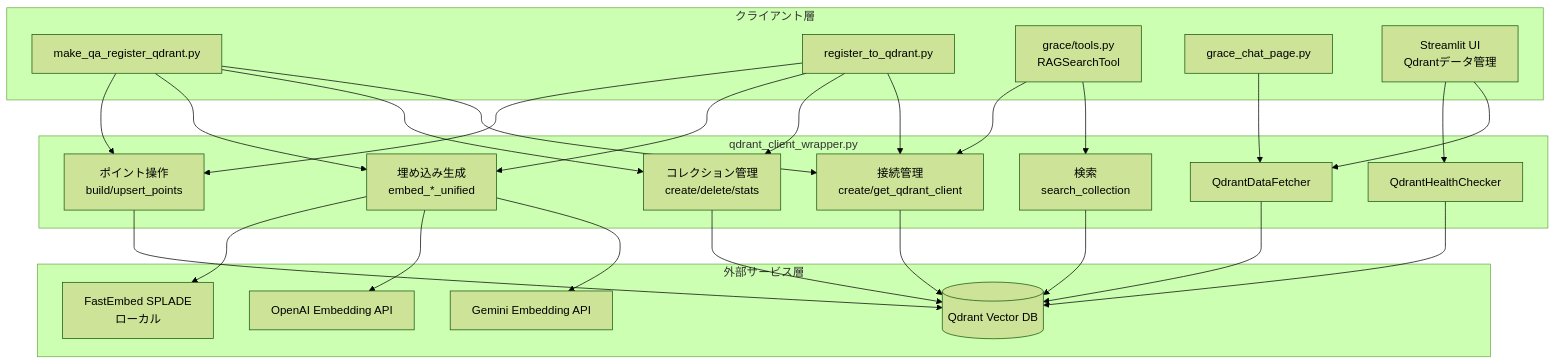
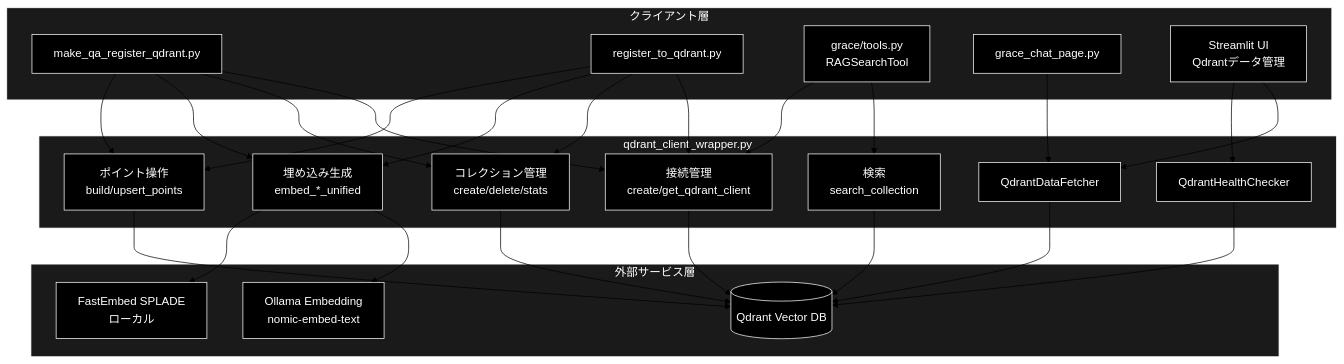
The first of 4 diagrams in ui/doc/qdrant_client_wrapper.md (nakashima2toshio/ollama_grace_agent_v2), drawn with Mermaid (forest theme) before and after one commit. The commit also changed other lines of this file and 10 other files, not shown here.

````diff
--- a/ui/doc/qdrant_client_wrapper.md
+++ b/ui/doc/qdrant_client_wrapper.md
@@ -86,51 +86,55 @@
 ```mermaid
 flowchart TB
     subgraph CLIENT["クライアント層"]
         MQR[make_qa_register_qdrant.py]
         REG[register_to_qdrant.py]
         GRACE[grace/tools.py<br/>RAGSearchTool]
         UI_CHAT[grace_chat_page.py]
         UI_QDRANT[Streamlit UI<br/>Qdrantデータ管理]
     end
 
     subgraph MODULE["qdrant_client_wrapper.py"]
         HC[QdrantHealthChecker]
         CONN[接続管理<br/>create/get_qdrant_client]
         COLL[コレクション管理<br/>create/delete/stats]
         EMB[埋め込み生成<br/>embed_*_unified]
         PTS[ポイント操作<br/>build/upsert_points]
         SEARCH[検索<br/>search_collection]
         FETCH[QdrantDataFetcher]
     end
 
     subgraph EXTERNAL["外部サービス層"]
         QDRANT[(Qdrant Vector DB)]
-        GEMINI[Gemini Embedding API]
-        OPENAI[OpenAI Embedding API]
+        OLLAMA[Ollama Embedding<br/>nomic-embed-text]
         SPLADE[FastEmbed SPLADE<br/>ローカル]
     end
 
     MQR --> CONN
     MQR --> COLL
     MQR --> EMB
     MQR --> PTS
     REG --> CONN
     REG --> COLL
     REG --> EMB
     REG --> PTS
     GRACE --> SEARCH
     GRACE --> CONN
     UI_CHAT --> FETCH
     UI_QDRANT --> FETCH
     UI_QDRANT --> HC
 
     CONN --> QDRANT
     HC --> QDRANT
     COLL --> QDRANT
     SEARCH --> QDRANT
     FETCH --> QDRANT
     PTS --> QDRANT
-    EMB --> GEMINI
-    EMB --> OPENAI
+    EMB --> OLLAMA
     EMB --> SPLADE
+classDef default fill:#000,stroke:#fff,color:#fff
+classDef subgraphStyle fill:#1a1a1a,stroke:#fff,color:#fff
+class MQR,REG,GRACE,UI_CHAT,UI_QDRANT,HC,CONN,COLL,EMB,PTS,SEARCH,FETCH,QDRANT,OLLAMA,SPLADE default
+style CLIENT fill:#1a1a1a,stroke:#fff,color:#fff
+style MODULE fill:#1a1a1a,stroke:#fff,color:#fff
+style EXTERNAL fill:#1a1a1a,stroke:#fff,color:#fff
 ```
````
